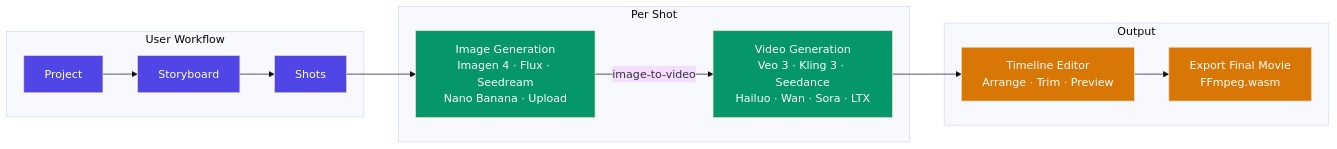
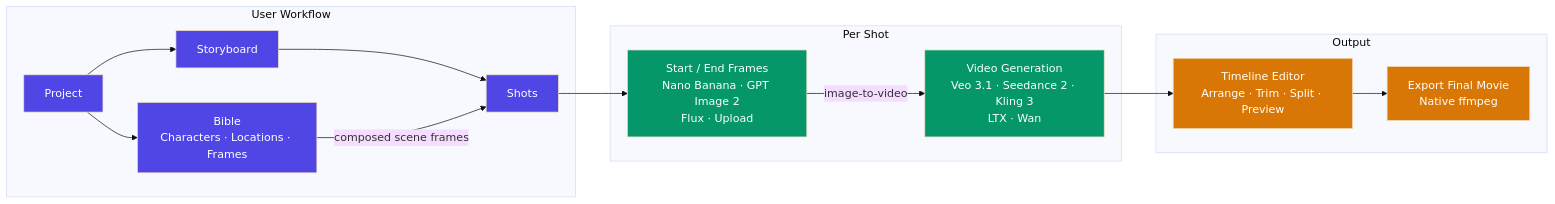
One commit to alexanderwanyoike/showbiz changed the first of 4 diagrams in docs/architecture.md. Above: the diagram before and after it, drawn with Mermaid (base theme). The commit also changed other lines of this file and 7 other files, not shown here.

````diff
--- a/docs/architecture.md
+++ b/docs/architecture.md
@@ -7,25 +7,28 @@
 ```mermaid
 graph LR
     subgraph User Workflow
-        P[Project] --> S[Storyboard]
+        P[Project] --> B[Bible<br/>Characters · Locations · Frames]
+        P --> S[Storyboard]
         S --> Shots[Shots]
+        B -->|"composed scene frames"| Shots
     end
 
     subgraph Per Shot
-        Shots --> IMG["Image Generation<br/>Imagen 4 · Flux · Seedream<br/>Nano Banana · Upload"]
-        IMG -->|"image-to-video"| VID["Video Generation<br/>Veo 3 · Kling 3 · Seedance<br/>Hailuo · Wan · Sora · LTX"]
+        Shots --> IMG["Start / End Frames<br/>Nano Banana · GPT Image 2<br/>Flux · Upload"]
+        IMG -->|"image-to-video"| VID["Video Generation<br/>Veo 3.1 · Seedance 2 · Kling 3<br/>LTX · Wan"]
     end
 
     subgraph Output
-        VID --> TL["Timeline Editor<br/>Arrange · Trim · Preview"]
-        TL --> EXP["Export Final Movie<br/>FFmpeg.wasm"]
+        VID --> TL["Timeline Editor<br/>Arrange · Trim · Split · Preview"]
+        TL --> EXP["Export Final Movie<br/>Native ffmpeg"]
     end
 
     style P fill:#4f46e5,color:#fff
+    style B fill:#4f46e5,color:#fff
     style S fill:#4f46e5,color:#fff
     style Shots fill:#4f46e5,color:#fff
     style IMG fill:#059669,color:#fff
     style VID fill:#059669,color:#fff
     style TL fill:#d97706,color:#fff
     style EXP fill:#d97706,color:#fff
 ```
````
